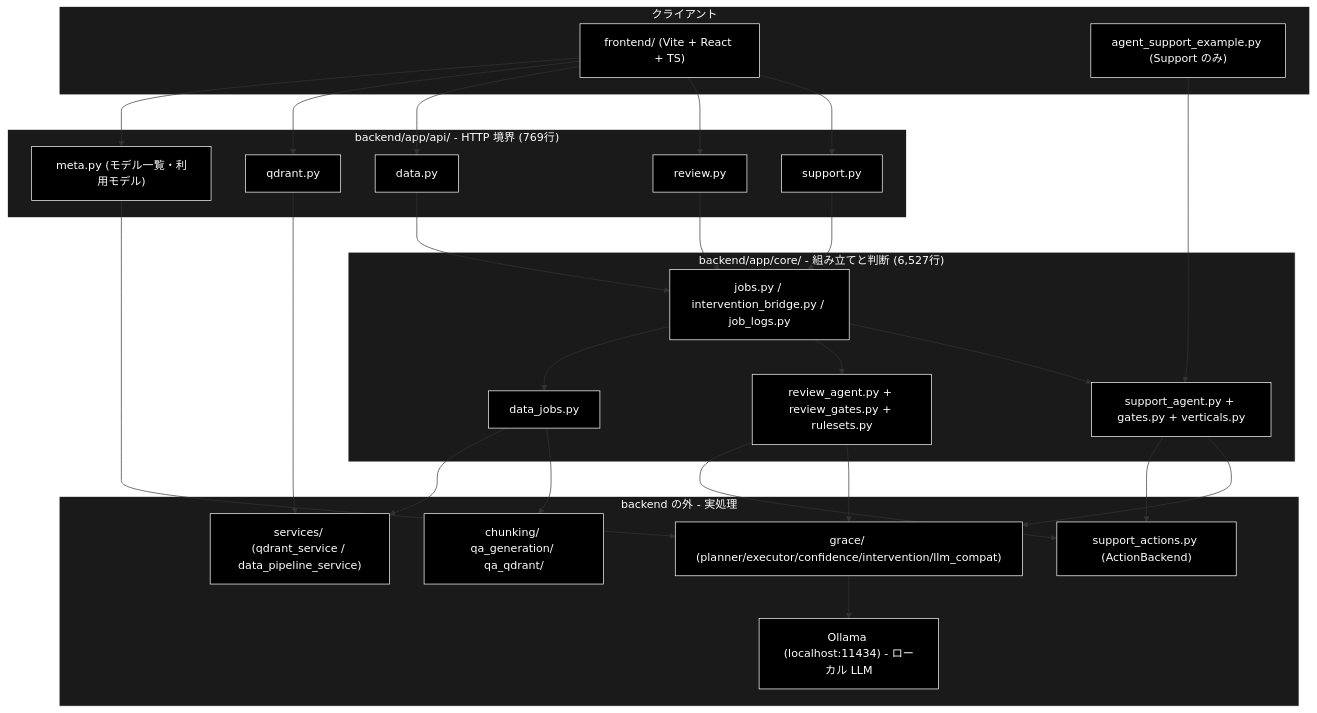
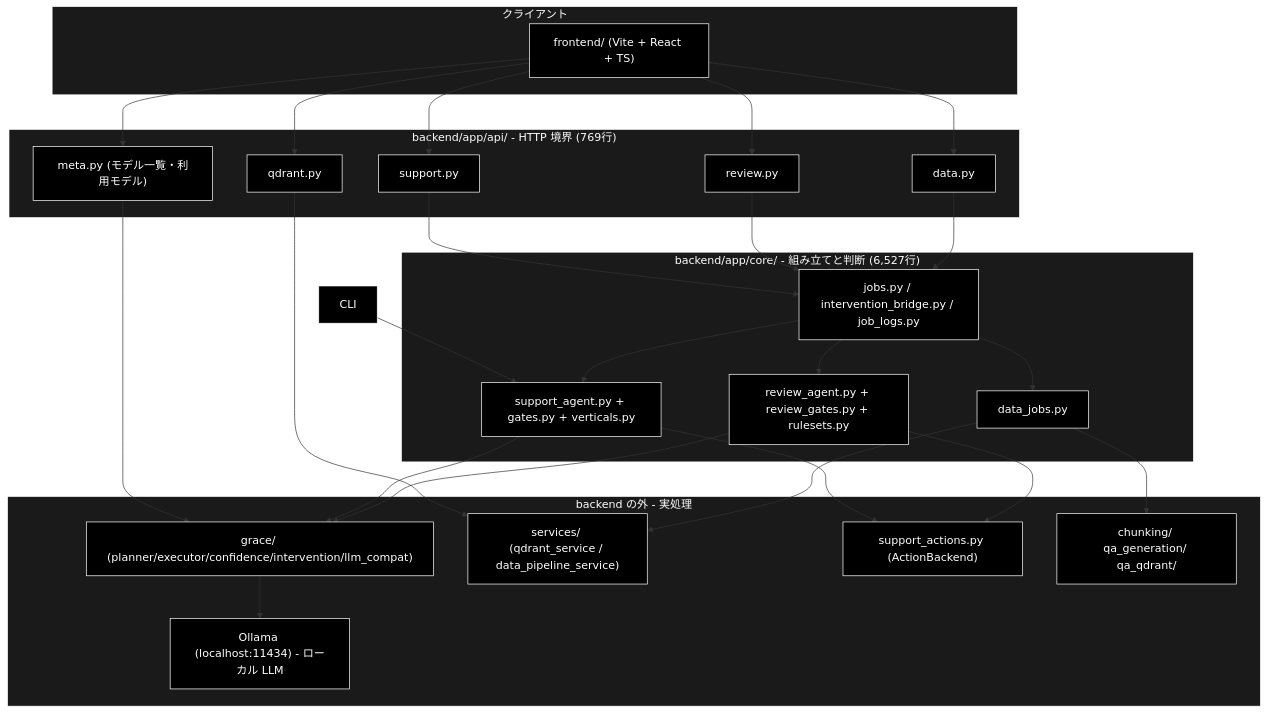
The first of 3 diagrams in backend/docs/architecture.md (nakashima2toshio/grace_v2_local), drawn with Mermaid before and after one commit. The commit also changed other lines of this file and 61 other files, not shown here.

````diff
--- a/backend/docs/architecture.md
+++ b/backend/docs/architecture.md
@@ -58,55 +58,54 @@
 ```mermaid
 flowchart TB
     subgraph Client["クライアント"]
         FE["frontend/ (Vite + React + TS)"]
-        CLI["agent_support_example.py (Support のみ)"]
     end
     subgraph Api["backend/app/api/ - HTTP 境界 (769行)"]
         ApiSupport["support.py"]
         ApiReview["review.py"]
         ApiData["data.py"]
         ApiQdrant["qdrant.py"]
         ApiMeta["meta.py (モデル一覧・利用モデル)"]
     end
     subgraph Core["backend/app/core/ - 組み立てと判断 (6,527行)"]
         Runtime["jobs.py / intervention_bridge.py / job_logs.py"]
         SupportCore["support_agent.py + gates.py + verticals.py"]
         ReviewCore["review_agent.py + review_gates.py + rulesets.py"]
         DataCore["data_jobs.py"]
     end
     subgraph Outside["backend の外 - 実処理"]
         Grace["grace/ (planner/executor/confidence/intervention/llm_compat)"]
         Services["services/ (qdrant_service / data_pipeline_service)"]
         Actions["support_actions.py (ActionBackend)"]
         Pipes["chunking/ qa_generation/ qa_qdrant/"]
         Ollama["Ollama (localhost:11434) - ローカル LLM"]
     end
     FE --> ApiSupport
     FE --> ApiReview
     FE --> ApiData
     FE --> ApiQdrant
     FE --> ApiMeta
     CLI --> SupportCore
     ApiSupport --> Runtime
     ApiReview --> Runtime
     ApiData --> Runtime
     ApiQdrant --> Services
     ApiMeta --> Grace
     Runtime --> SupportCore
     Runtime --> ReviewCore
     Runtime --> DataCore
     SupportCore --> Grace
     SupportCore --> Actions
     ReviewCore --> Grace
     ReviewCore --> Actions
     DataCore --> Pipes
     DataCore --> Services
     Grace --> Ollama
 classDef default fill:#000,stroke:#fff,color:#fff
 classDef subgraphStyle fill:#1a1a1a,stroke:#fff,color:#fff
 class FE,CLI,ApiSupport,ApiReview,ApiData,ApiQdrant,ApiMeta,Runtime,SupportCore,ReviewCore,DataCore,Grace,Services,Actions,Pipes,Ollama default
 style Client fill:#1a1a1a,stroke:#fff,color:#fff
 style Api fill:#1a1a1a,stroke:#fff,color:#fff
 style Core fill:#1a1a1a,stroke:#fff,color:#fff
 style Outside fill:#1a1a1a,stroke:#fff,color:#fff
 ```
````
